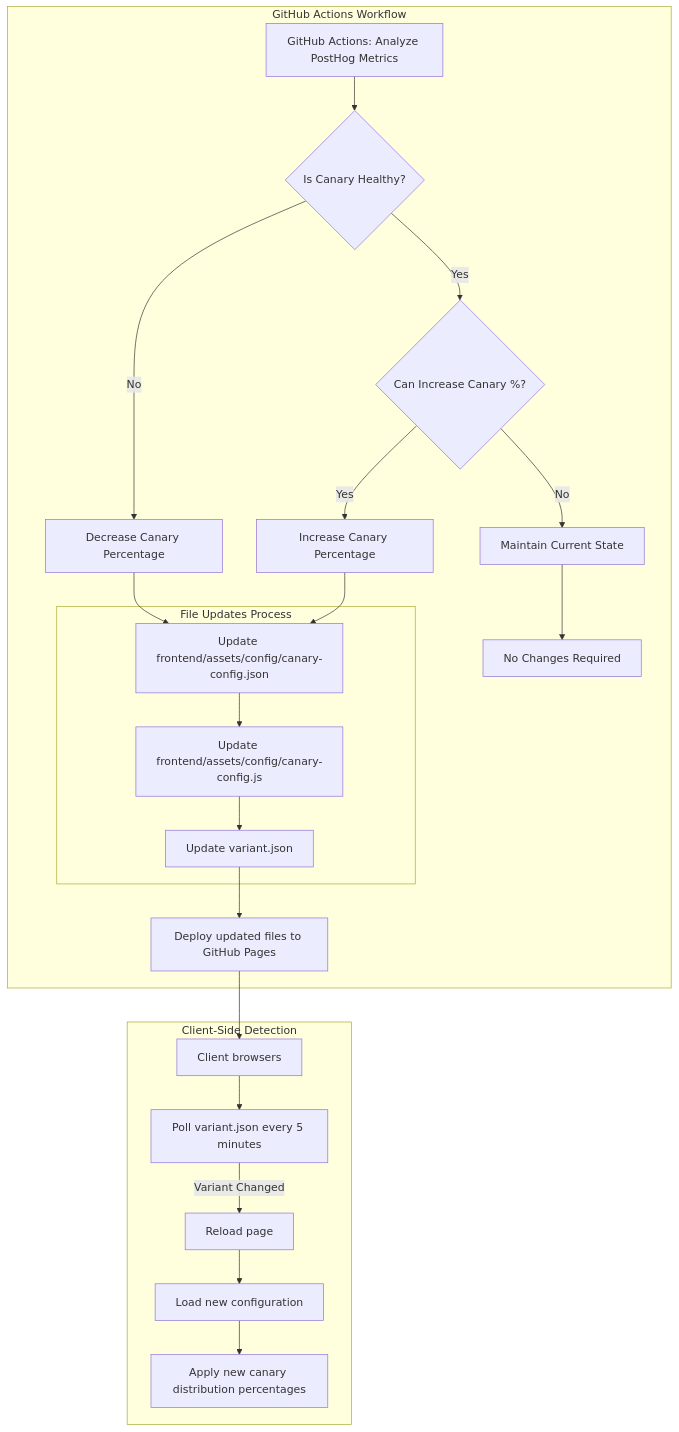
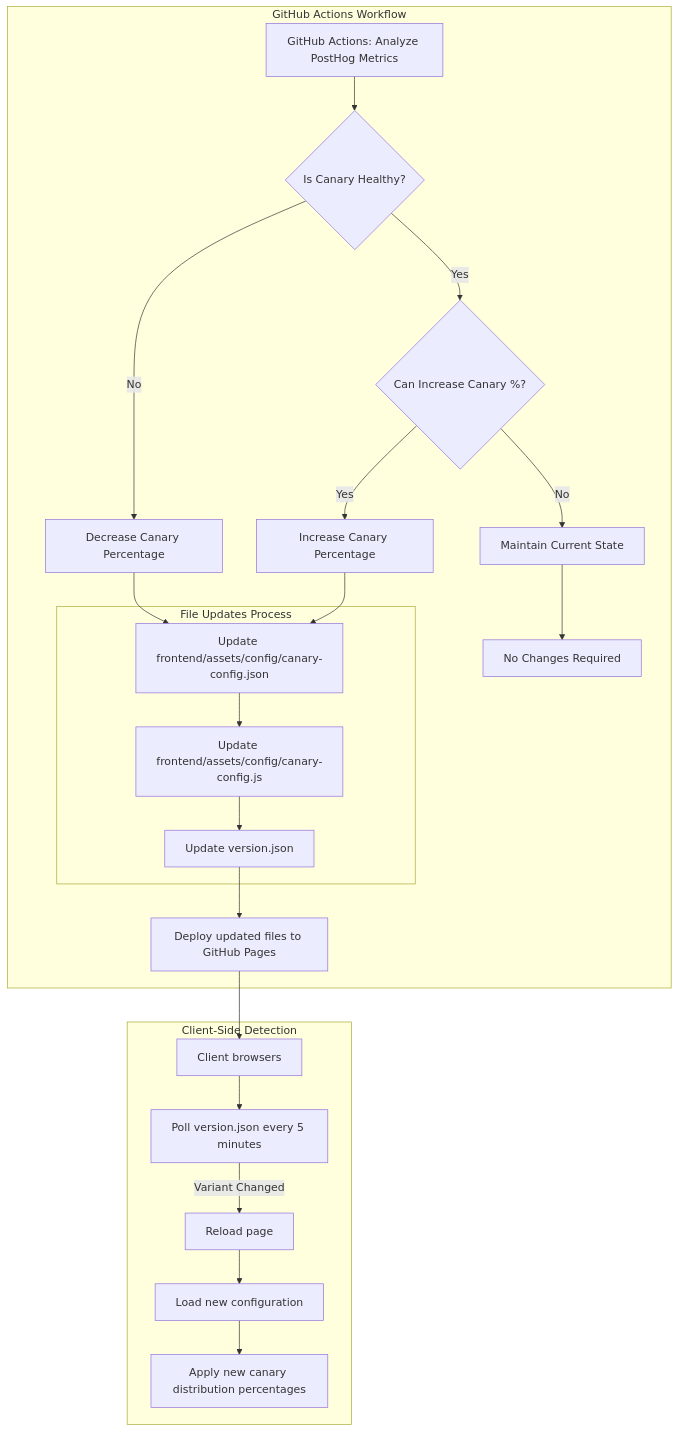
The second of 3 diagrams in README.md (lloydchang/client-side-canary-deployment), drawn with Mermaid before and after one commit. The commit also changed other lines of this file, not shown here.

````diff
--- a/README.md
+++ b/README.md
@@ -35,31 +35,31 @@
 ```mermaid
 graph TD
     subgraph "GitHub Actions Workflow"
         L[GitHub Actions: Analyze PostHog Metrics]
         L --> M{Is Canary Healthy?}
         M -->|No| N[Decrease Canary Percentage]
         M -->|Yes| O{Can Increase Canary %?}
         O -->|Yes| P[Increase Canary Percentage]
         O -->|No| Q[Maintain Current State]
         
         N --> F1
         P --> F1
         Q --> Q1[No Changes Required]
         
         subgraph "File Updates Process"
             F1[Update frontend/assets/config/canary-config.json]
             F1 --> F2[Update frontend/assets/config/canary-config.js]
-            F2 --> V[Update variant.json]
+            F2 --> V[Update version.json]
         end
         
         V --> G[Deploy updated files to GitHub Pages]
     end
 
     subgraph "Client-Side Detection"
         G --> CL[Client browsers]
-        CL --> CL1[Poll variant.json every 5 minutes]
+        CL --> CL1[Poll version.json every 5 minutes]
         CL1 -->|Variant Changed| CL2[Reload page]
         CL2 --> CL3[Load new configuration]
         CL3 --> CL4[Apply new canary distribution percentages]
     end    
 ```
````
